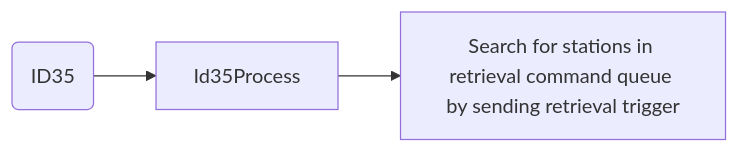
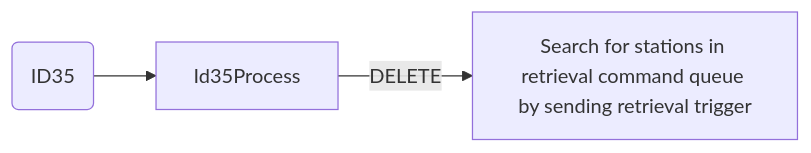
Before and after one commit to luthfiadityaa/SimeDarby-Wiki: the seventh of 14 diagrams in Basic-Design/DFD-WMS/Retrieval/Stacked-Empty-Pallet.md, drawn with Mermaid. The commit also changed other lines of this file, not shown here.

Commit message:
Updated Stacked Empty Pallet

```diff
--- a/Basic-Design/DFD-WMS/Retrieval/Stacked-Empty-Pallet.md
+++ b/Basic-Design/DFD-WMS/Retrieval/Stacked-Empty-Pallet.md
@@ -190,12 +190,12 @@
 ::: mermaid
 flowchart LR
 
     id66msg("
      ID35
     ")
 
-    id66msg-->Id35Process-->P1[Search for stations in retrieval command queue by sending retrieval trigger]
+    id66msg-->Id35Process--> |DELETE| P1[Search for stations in retrieval command queue by sending retrieval trigger]
 
     classDef leftAlign text-align:left;
     class input leftAlign;
 :::
```
